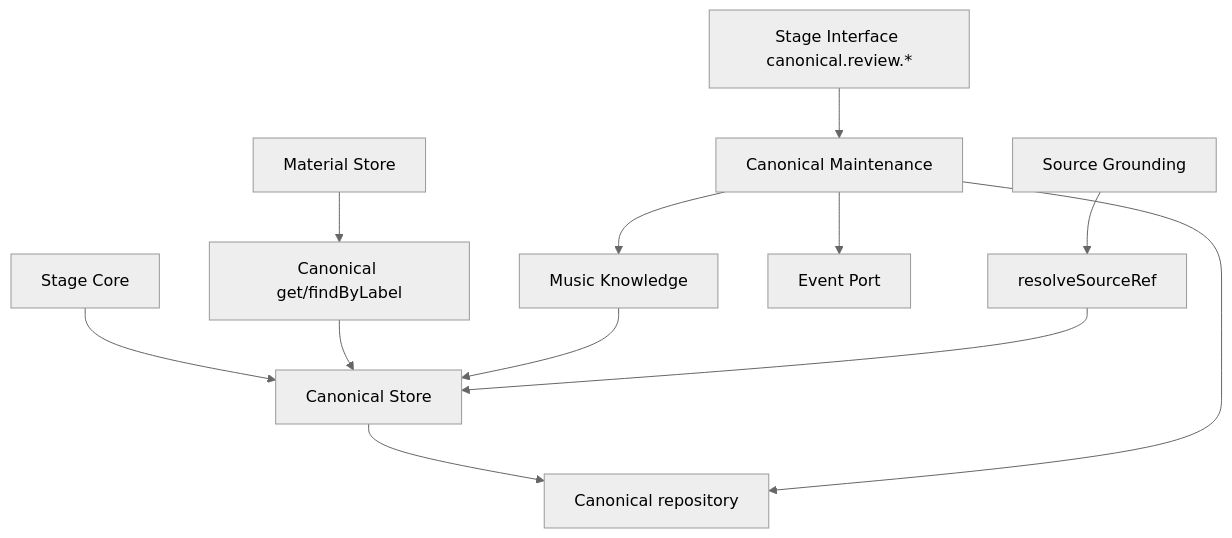
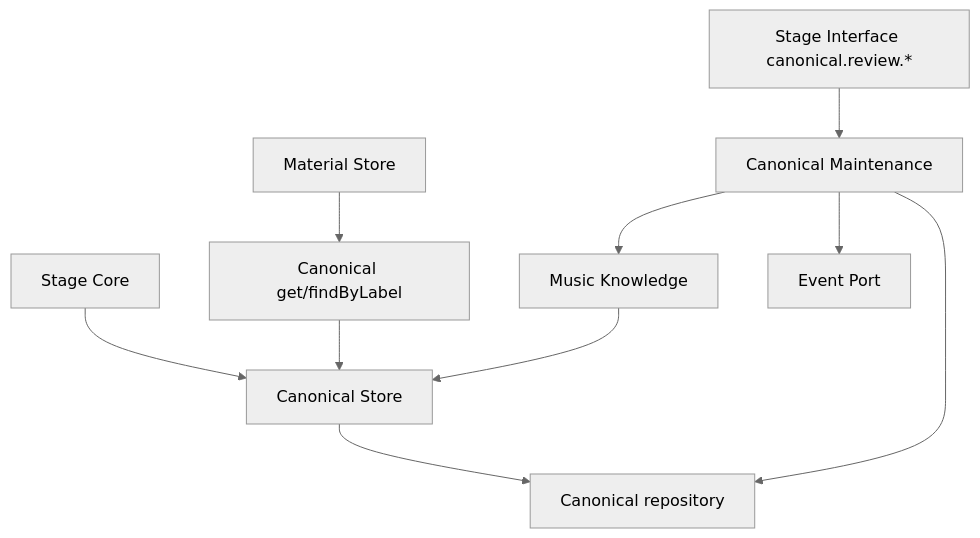
The diagram in docs/canonical-store/design.md (Odefined/MineMusic), drawn with Mermaid (neutral theme) before and after one commit. The commit also changed other lines of this file and 27 other files, not shown here.

Commit message:
Resolve architecture inconsistencies

````diff
--- a/docs/canonical-store/design.md
+++ b/docs/canonical-store/design.md
@@ -42,14 +42,12 @@
 ```mermaid
 flowchart TD
     StageCore["Stage Core"] --> Canonical["Canonical Store"]
     Canonical --> Repo["Canonical repository"]
     MaterialStore["Material Store"] --> CanonicalReads["Canonical get/findByLabel"]
     CanonicalReads --> Canonical
     StageInterface["Stage Interface canonical.review.*"] --> Maintenance["Canonical Maintenance"]
     Maintenance --> Repo
     Maintenance --> Knowledge["Music Knowledge"]
     Maintenance --> Events["Event Port"]
     Knowledge --> Canonical
-    SourceGrounding["Source Grounding"] --> CanonicalResolve["resolveSourceRef"]
-    CanonicalResolve --> Canonical
 ```
````
